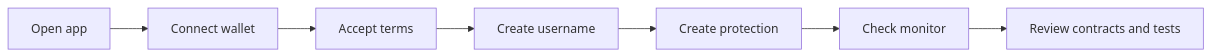
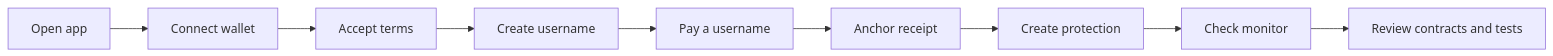
Before and after one commit to CoverFI-space/coverfi-docs: the diagram in reviewer-guide.mdx, drawn with Mermaid. The commit also changed other lines of this file and 28 other files, not shown here.

First line of the commit message:
Add technical architecture page and sync docs with current workspace

````diff
--- a/reviewer-guide.mdx
+++ b/reviewer-guide.mdx
@@ -16,9 +16,11 @@
 ```mermaid
 flowchart LR
   A[Open app] --> B[Connect wallet]
   B --> C[Accept terms]
   C --> D[Create username]
-  D --> E[Create protection]
-  E --> F[Check monitor]
-  F --> G[Review contracts and tests]
+  D --> E[Pay a username]
+  E --> F[Anchor receipt]
+  F --> G[Create protection]
+  G --> H[Check monitor]
+  H --> I[Review contracts and tests]
 ```
````
